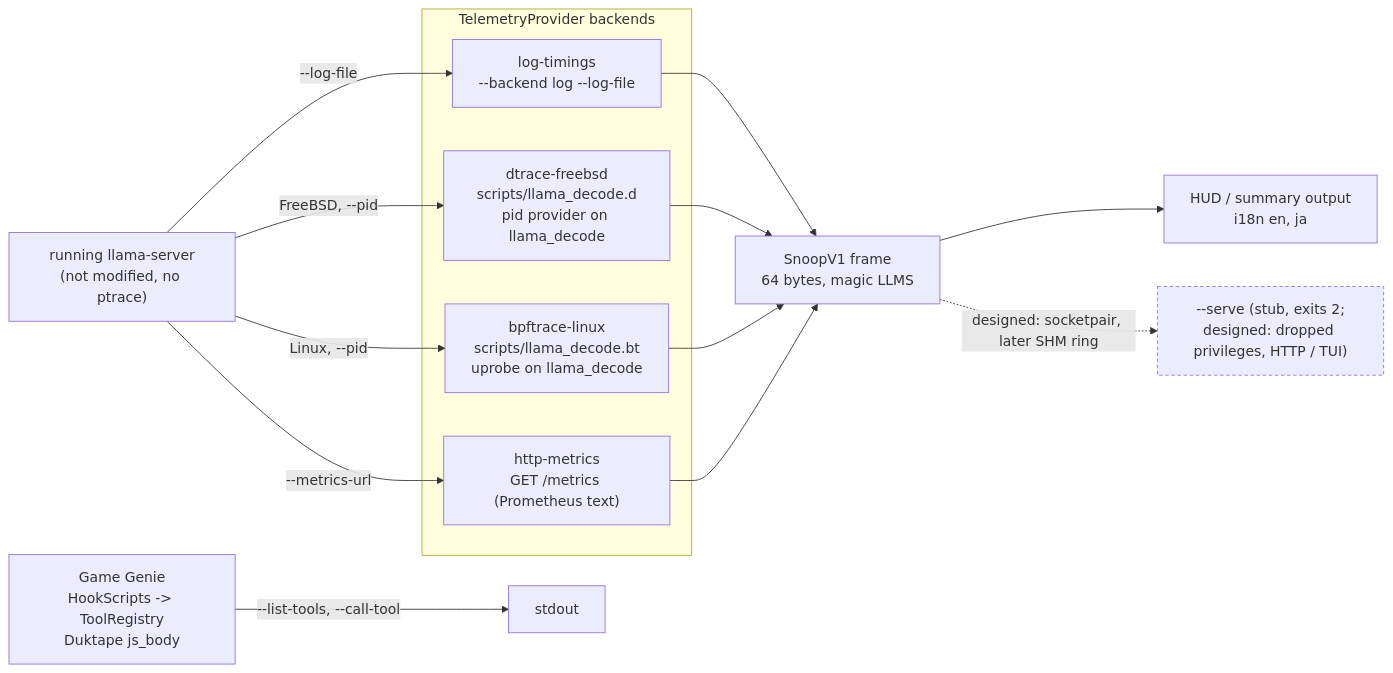
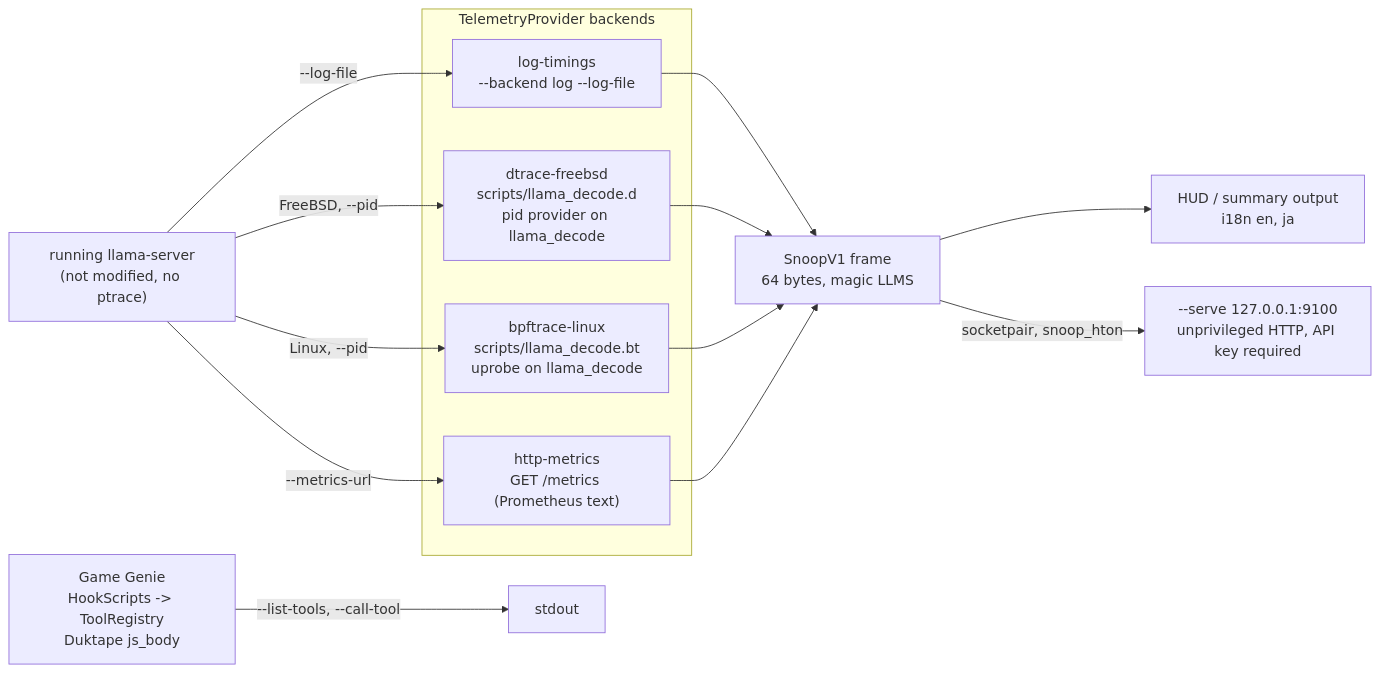
Before and after one commit to brianreborn/llama.SPY: the first of 6 diagrams in README.md, drawn with Mermaid. The commit also changed other lines of this file and 42 other files, not shown here.

````diff
--- a/README.md
+++ b/README.md
@@ -140,29 +151,27 @@
 ```mermaid
 flowchart LR
   target["running llama-server<br/>(not modified, no ptrace)"]
   subgraph backends["TelemetryProvider backends"]
     dtrace["dtrace-freebsd<br/>scripts/llama_decode.d<br/>pid provider on llama_decode"]
     bpf["bpftrace-linux<br/>scripts/llama_decode.bt<br/>uprobe on llama_decode"]
     http["http-metrics<br/>GET /metrics (Prometheus text)"]
     logp["log-timings<br/>--backend log --log-file"]
   end
   frame["SnoopV1 frame<br/>64 bytes, magic LLMS"]
   hud["HUD / summary output<br/>i18n en, ja"]
   gg["Game Genie<br/>HookScripts -> ToolRegistry<br/>Duktape js_body"]
   stdout["stdout"]
-  serve["--serve (stub, exits 2;<br/>designed: dropped privileges, HTTP / TUI)"]
+  serve["--serve 127.0.0.1:9100<br/>unprivileged HTTP, API key required"]
 
   target -->|FreeBSD, --pid| dtrace
   target -->|Linux, --pid| bpf
   target -->|--metrics-url| http
   target -->|--log-file| logp
   logp --> frame
   dtrace --> frame
   bpf --> frame
   http --> frame
   frame --> hud
   gg -->|--list-tools, --call-tool| stdout
-  frame -.->|"designed: socketpair, later SHM ring"| serve
-  classDef planned stroke-dasharray: 4 3
-  class serve planned
+  frame -->|"socketpair, snoop_hton"| serve
 ```
````
